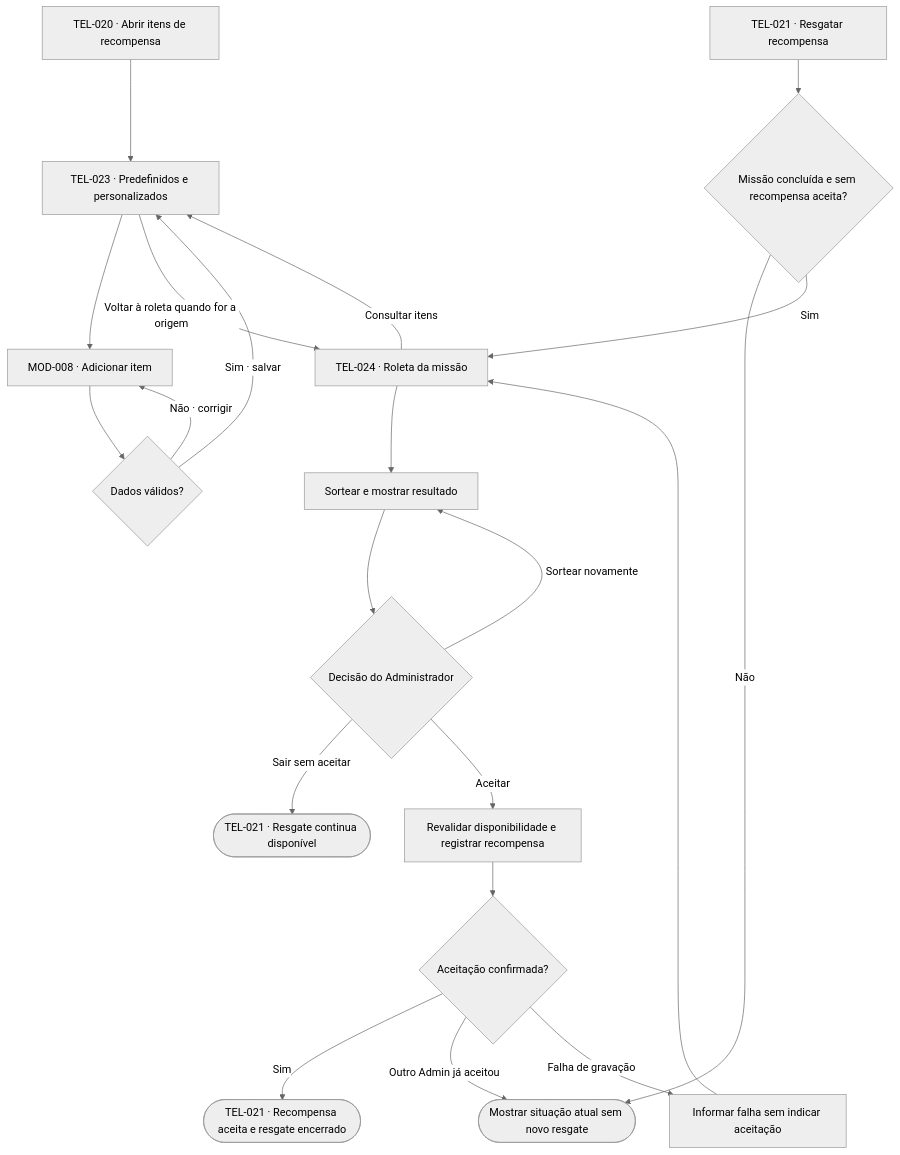
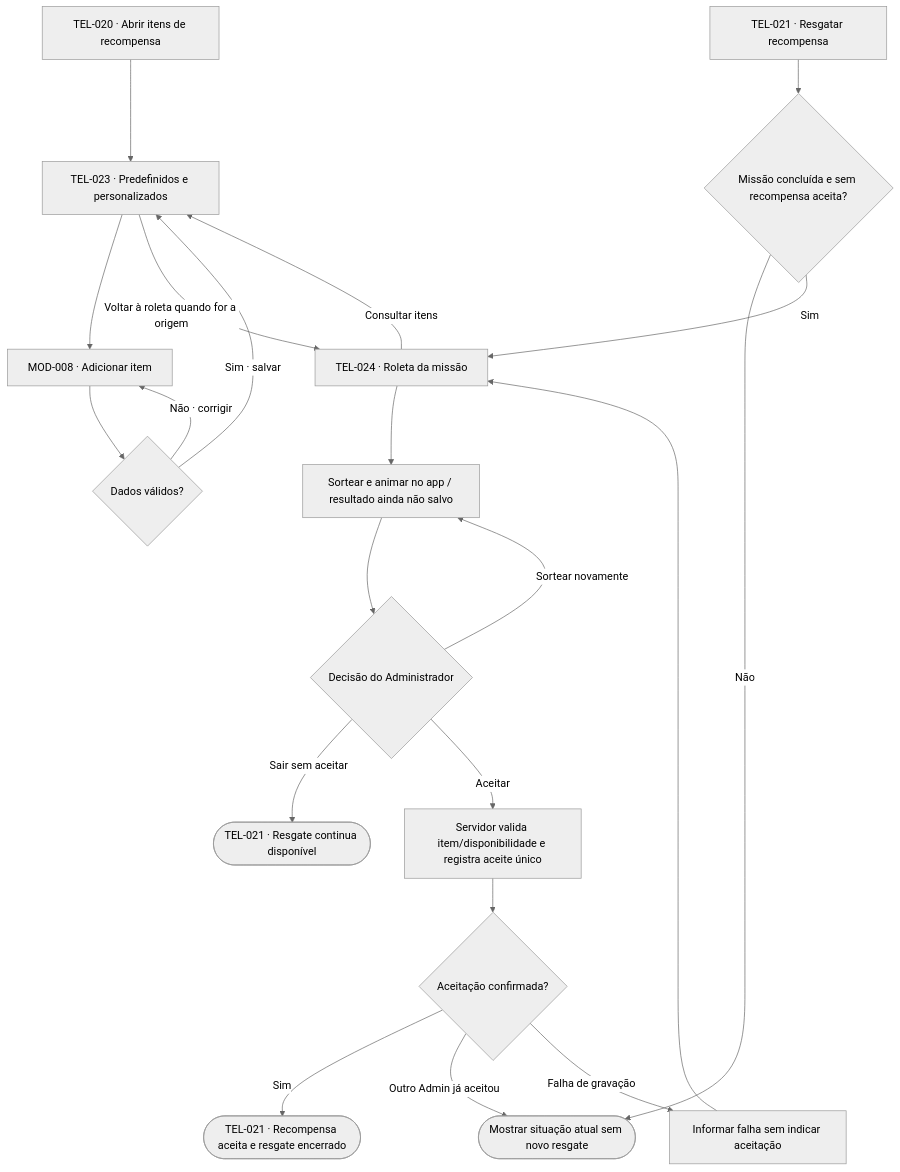
Diagram 11 of 16 in docs/design/user-flows.md (lizandramalta/App-Rotina-Familiar), drawn with Mermaid (neutral theme) before and after one commit. The commit also changed other lines of this file and 25 other files, not shown here.

````diff
--- a/docs/design/user-flows.md
+++ b/docs/design/user-flows.md
@@ -401,23 +408,23 @@
 ```mermaid
 flowchart TD
     A["TEL-020 · Abrir itens de recompensa"] --> B["TEL-023 · Predefinidos e personalizados"]
     B --> C["MOD-008 · Adicionar item"]
     C --> D{"Dados válidos?"}
     D -->|Não · corrigir| C
     D -->|Sim · salvar| B
     E["TEL-021 · Resgatar recompensa"] --> F{"Missão concluída e sem recompensa aceita?"}
     F -->|Não| G(["Mostrar situação atual sem novo resgate"])
     F -->|Sim| H["TEL-024 · Roleta da missão"]
     H -->|Consultar itens| B
     B -->|Voltar à roleta quando for a origem| H
-    H --> I["Sortear e mostrar resultado"]
+    H --> I["Sortear e animar no app / resultado ainda não salvo"]
     I --> J{"Decisão do Administrador"}
     J -->|Sortear novamente| I
     J -->|Sair sem aceitar| K(["TEL-021 · Resgate continua disponível"])
-    J -->|Aceitar| L["Revalidar disponibilidade e registrar recompensa"]
+    J -->|Aceitar| L["Servidor valida item/disponibilidade e registra aceite único"]
     L --> M{"Aceitação confirmada?"}
     M -->|Sim| N(["TEL-021 · Recompensa aceita e resgate encerrado"])
     M -->|Outro Admin já aceitou| G
     M -->|Falha de gravação| O["Informar falha sem indicar aceitação"]
     O --> H
 ```
````
